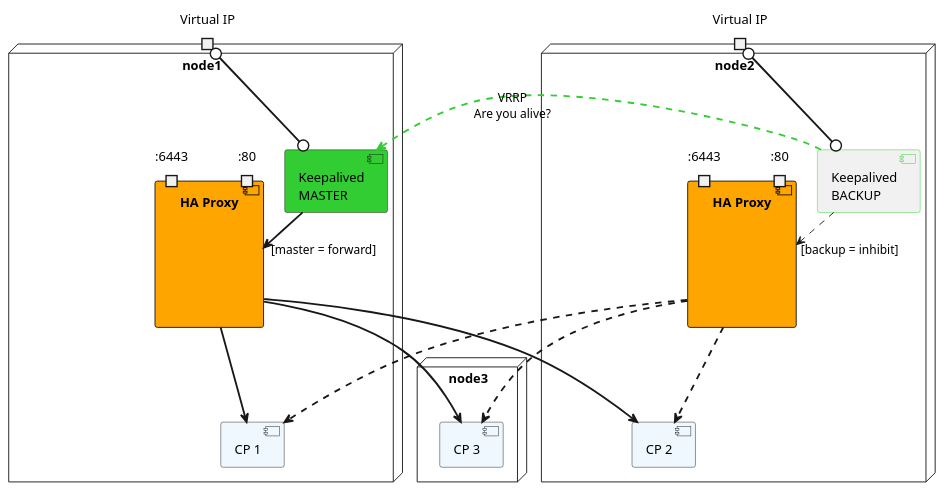
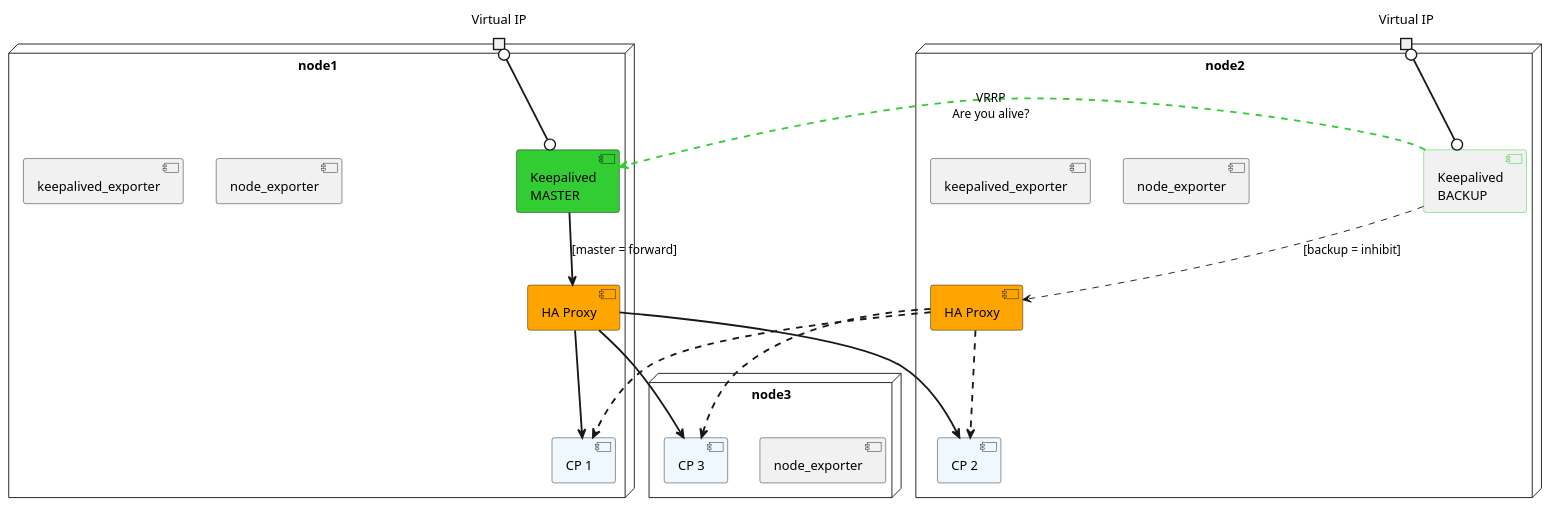
One commit to zar3bski/k3prox changed the diagram in docs/diagrams/tp-ha-components.puml. Above: the diagram before and after it, drawn with PlantUML. The commit also changed 32 other files, not shown here.

```diff
--- a/docs/diagrams/tp-ha-components.puml
+++ b/docs/diagrams/tp-ha-components.puml
@@ -1,45 +1,53 @@
 @startuml
 
 node node1 {
   port vip_1 as "Virtual IP" 
   
   component keepalived_master as "Keepalived\nMASTER" #limegreen
   component ha_proxy_1 as "HA Proxy" #orange{
-      port ha_6443_1 as ":6443"
-      port ha_80_1 as ":80"
       }
-  component cp_1 as "CP 1" #aliceblue
+  component cp_1 as "CP 1" #aliceblue{
+      }
+  component node_exporter_11 as "node_exporter"{
+      }
+  component keepalived_exporter_11 as "keepalived_exporter"{
+      }
 }
 
 node node2 {
   port vip_2 as "Virtual IP"
 
   component keepalived_backup as "Keepalived\nBACKUP" #line:limegreen
   component ha_proxy_2 as "HA Proxy" #orange{
-      port ha_6443_2 as ":6443"
-      port ha_80_2 as ":80"
       }
-  component cp_2 as "CP 2" #aliceblue
+  component cp_2 as "CP 2" #aliceblue{
+      }
+  component node_exporter_12 as "node_exporter"{
+      }
+  component keepalived_exporter_12 as "keepalived_exporter"{
+      }
 }
 
 node node3 {
-  component cp_3 as "CP 3" #aliceblue
+  component cp_3 as "CP 3" #aliceblue{
+      }
+  component node_exporter_13 as "node_exporter"
 }
 
 vip_1 0-[thickness=2]-0 keepalived_master
 vip_2 0-[thickness=2]-0 keepalived_backup
 
 keepalived_backup -[#limegreen,dashed,thickness=2]-> keepalived_master : VRRP\nAre you alive?
 
 keepalived_master -[thickness=2]-> ha_proxy_1  : [master = forward]
 keepalived_backup .[thickness=1].> ha_proxy_2  : [backup = inhibit]
 
 ha_proxy_1 -[thickness=2]-> cp_1
 ha_proxy_1 -[thickness=2]-> cp_2
 ha_proxy_1 -[thickness=2]-> cp_3
 
 ha_proxy_2 .[thickness=2].> cp_1
 ha_proxy_2 .[thickness=2].> cp_2
 ha_proxy_2 .[thickness=2].> cp_3
 
 @enduml
```
